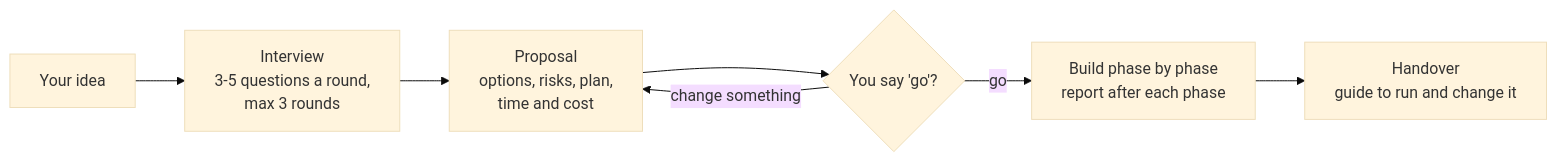
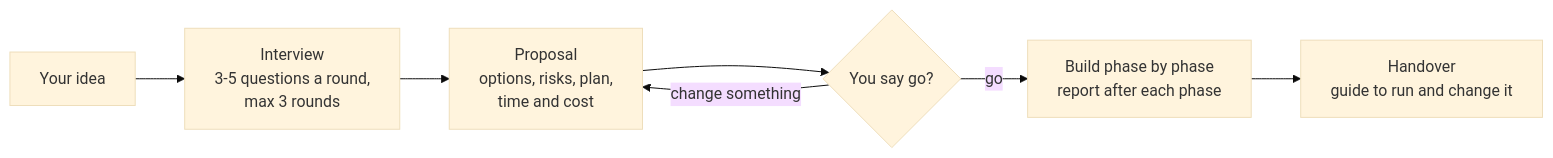
Before and after one commit to nileshvary/kickoff-compass: the diagram in README.md, drawn with Mermaid (base theme). The commit also changed other lines of this file and 7 other files, not shown here.

````diff
--- a/README.md
+++ b/README.md
@@ -79,9 +136,9 @@
 ```mermaid
 flowchart LR
     A[Your idea] --> B[Interview<br/>3-5 questions a round,<br/>max 3 rounds]
     B --> C[Proposal<br/>options, risks, plan,<br/>time and cost]
-    C --> D{You say 'go'?}
+    C --> D{You say go?}
     D -- change something --> C
     D -- go --> E[Build phase by phase<br/>report after each phase]
     E --> F[Handover<br/>guide to run and change it]
 ```
````
